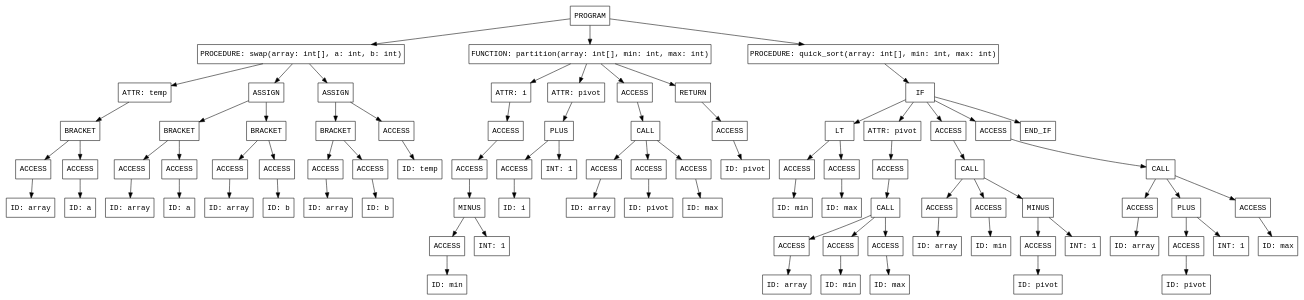
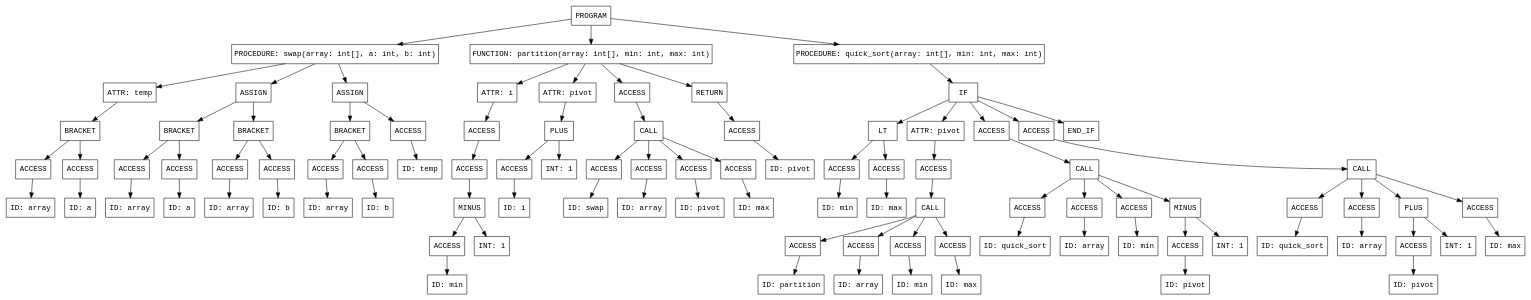
The diagram in examples/02_function/function.dot (L-Marcel/texty), drawn with Graphviz before and after one commit. The commit also changed 11 other files, not shown here.

```diff
--- a/examples/02_function/function.dot
+++ b/examples/02_function/function.dot
@@ -1,178 +1,194 @@
 digraph AST {
   node [shape=box, fontname="Courier"];
-  "0x55558e133420" [label="PROGRAM"];
-  "0x55558e133420" -> "0x55558e134040";
-  "0x55558e134040" [label="PROCEDURE: swap(array: int[], a: int, b: int)"];
-  "0x55558e134040" -> "0x55558e133790";
-  "0x55558e133790" [label="ATTR: temp"];
-  "0x55558e133790" -> "0x55558e133720";
-  "0x55558e133720" [label="BRACKET"];
-  "0x55558e133720" -> "0x55558e133490";
-  "0x55558e133490" [label="ACCESS"];
-  "0x55558e133490" -> "0x55558e133660";
-  "0x55558e133660" [label="ID: array"];
-  "0x55558e133720" -> "0x55558e133500";
-  "0x55558e133500" [label="ACCESS"];
-  "0x55558e133500" -> "0x55558e1336c0";
-  "0x55558e1336c0" [label="ID: a"];
-  "0x55558e134040" -> "0x55558e133c40";
-  "0x55558e133c40" [label="ASSIGN"];
-  "0x55558e133c40" -> "0x55558e1339c0";
-  "0x55558e1339c0" [label="BRACKET"];
-  "0x55558e1339c0" -> "0x55558e133880";
-  "0x55558e133880" [label="ACCESS"];
-  "0x55558e133880" -> "0x55558e133820";
-  "0x55558e133820" [label="ID: array"];
-  "0x55558e1339c0" -> "0x55558e133950";
-  "0x55558e133950" [label="ACCESS"];
-  "0x55558e133950" -> "0x55558e1338f0";
-  "0x55558e1338f0" [label="ID: a"];
-  "0x55558e133c40" -> "0x55558e133bd0";
-  "0x55558e133bd0" [label="BRACKET"];
-  "0x55558e133bd0" -> "0x55558e133a90";
-  "0x55558e133a90" [label="ACCESS"];
-  "0x55558e133a90" -> "0x55558e133a30";
-  "0x55558e133a30" [label="ID: array"];
-  "0x55558e133bd0" -> "0x55558e133b60";
-  "0x55558e133b60" [label="ACCESS"];
-  "0x55558e133b60" -> "0x55558e133b00";
-  "0x55558e133b00" [label="ID: b"];
-  "0x55558e134040" -> "0x55558e133fd0";
-  "0x55558e133fd0" [label="ASSIGN"];
-  "0x55558e133fd0" -> "0x55558e133e90";
-  "0x55558e133e90" [label="BRACKET"];
-  "0x55558e133e90" -> "0x55558e133d50";
-  "0x55558e133d50" [label="ACCESS"];
-  "0x55558e133d50" -> "0x55558e133cf0";
-  "0x55558e133cf0" [label="ID: array"];
-  "0x55558e133e90" -> "0x55558e133e20";
-  "0x55558e133e20" [label="ACCESS"];
-  "0x55558e133e20" -> "0x55558e133dc0";
-  "0x55558e133dc0" [label="ID: b"];
-  "0x55558e133fd0" -> "0x55558e133f60";
-  "0x55558e133f60" [label="ACCESS"];
-  "0x55558e133f60" -> "0x55558e133f00";
-  "0x55558e133f00" [label="ID: temp"];
-  "0x55558e133420" -> "0x55558e134d30";
-  "0x55558e134d30" [label="FUNCTION: partition(array: int[], min: int, max: int)"];
-  "0x55558e134d30" -> "0x55558e1344d0";
-  "0x55558e1344d0" [label="ATTR: i"];
-  "0x55558e1344d0" -> "0x55558e134300";
-  "0x55558e134300" [label="ACCESS"];
-  "0x55558e134300" -> "0x55558e134470";
-  "0x55558e134470" [label="ACCESS"];
-  "0x55558e134470" -> "0x55558e134410";
-  "0x55558e134410" [label="MINUS"];
-  "0x55558e134410" -> "0x55558e134290";
-  "0x55558e134290" [label="ACCESS"];
-  "0x55558e134290" -> "0x55558e1343b0";
-  "0x55558e1343b0" [label="ID: min"];
-  "0x55558e134410" -> "0x55558e134220";
-  "0x55558e134220" [label="INT: 1"];
-  "0x55558e134d30" -> "0x55558e134700";
-  "0x55558e134700" [label="ATTR: pivot"];
-  "0x55558e134700" -> "0x55558e1346a0";
-  "0x55558e1346a0" [label="PLUS"];
-  "0x55558e1346a0" -> "0x55558e1345e0";
-  "0x55558e1345e0" [label="ACCESS"];
-  "0x55558e1345e0" -> "0x55558e134580";
-  "0x55558e134580" [label="ID: i"];
-  "0x55558e1346a0" -> "0x55558e134650";
-  "0x55558e134650" [label="INT: 1"];
-  "0x55558e134d30" -> "0x55558e134b90";
-  "0x55558e134b90" [label="ACCESS"];
-  "0x55558e134b90" -> "0x55558e134b10";
-  "0x55558e134b10" [label="CALL"];
-  "0x55558e134b10" -> "0x55558e1348e0";
-  "0x55558e1348e0" [label="ACCESS"];
-  "0x55558e1348e0" -> "0x55558e134880";
-  "0x55558e134880" [label="ID: array"];
-  "0x55558e134b10" -> "0x55558e1349b0";
-  "0x55558e1349b0" [label="ACCESS"];
-  "0x55558e1349b0" -> "0x55558e134950";
-  "0x55558e134950" [label="ID: pivot"];
-  "0x55558e134b10" -> "0x55558e134aa0";
-  "0x55558e134aa0" [label="ACCESS"];
-  "0x55558e134aa0" -> "0x55558e134a40";
-  "0x55558e134a40" [label="ID: max"];
-  "0x55558e134d30" -> "0x55558e134cd0";
-  "0x55558e134cd0" [label="RETURN"];
-  "0x55558e134cd0" -> "0x55558e134c60";
-  "0x55558e134c60" [label="ACCESS"];
-  "0x55558e134c60" -> "0x55558e134c00";
-  "0x55558e134c00" [label="ID: pivot"];
-  "0x55558e133420" -> "0x55558e1360e0";
-  "0x55558e1360e0" [label="PROCEDURE: quick_sort(array: int[], min: int, max: int)"];
-  "0x55558e1360e0" -> "0x55558e136050";
-  "0x55558e136050" [label="IF"];
-  "0x55558e136050" -> "0x55558e135070";
-  "0x55558e135070" [label="LT"];
-  "0x55558e135070" -> "0x55558e134ed0";
-  "0x55558e134ed0" [label="ACCESS"];
-  "0x55558e134ed0" -> "0x55558e134fb0";
-  "0x55558e134fb0" [label="ID: min"];
-  "0x55558e135070" -> "0x55558e134f40";
-  "0x55558e134f40" [label="ACCESS"];
-  "0x55558e134f40" -> "0x55558e135010";
-  "0x55558e135010" [label="ID: max"];
-  "0x55558e136050" -> "0x55558e135580";
-  "0x55558e135580" [label="ATTR: pivot"];
-  "0x55558e135580" -> "0x55558e135510";
-  "0x55558e135510" [label="ACCESS"];
-  "0x55558e135510" -> "0x55558e135490";
-  "0x55558e135490" [label="CALL"];
-  "0x55558e135490" -> "0x55558e135220";
-  "0x55558e135220" [label="ACCESS"];
-  "0x55558e135220" -> "0x55558e1351c0";
-  "0x55558e1351c0" [label="ID: array"];
-  "0x55558e135490" -> "0x55558e135310";
-  "0x55558e135310" [label="ACCESS"];
-  "0x55558e135310" -> "0x55558e1352b0";
-  "0x55558e1352b0" [label="ID: min"];
-  "0x55558e135490" -> "0x55558e135420";
-  "0x55558e135420" [label="ACCESS"];
-  "0x55558e135420" -> "0x55558e1353c0";
-  "0x55558e1353c0" [label="ID: max"];
-  "0x55558e136050" -> "0x55558e135a50";
-  "0x55558e135a50" [label="ACCESS"];
-  "0x55558e135a50" -> "0x55558e1359d0";
-  "0x55558e1359d0" [label="CALL"];
-  "0x55558e1359d0" -> "0x55558e135720";
-  "0x55558e135720" [label="ACCESS"];
-  "0x55558e135720" -> "0x55558e1356c0";
-  "0x55558e1356c0" [label="ID: array"];
-  "0x55558e1359d0" -> "0x55558e1357f0";
-  "0x55558e1357f0" [label="ACCESS"];
-  "0x55558e1357f0" -> "0x55558e135790";
-  "0x55558e135790" [label="ID: min"];
-  "0x55558e1359d0" -> "0x55558e135970";
-  "0x55558e135970" [label="MINUS"];
-  "0x55558e135970" -> "0x55558e135900";
-  "0x55558e135900" [label="ACCESS"];
-  "0x55558e135900" -> "0x55558e1358a0";
-  "0x55558e1358a0" [label="ID: pivot"];
-  "0x55558e135970" -> "0x55558e134e80";
-  "0x55558e134e80" [label="INT: 1"];
-  "0x55558e136050" -> "0x55558e135f50";
-  "0x55558e135f50" [label="ACCESS"];
-  "0x55558e135f50" -> "0x55558e135ed0";
-  "0x55558e135ed0" [label="CALL"];
-  "0x55558e135ed0" -> "0x55558e135bf0";
-  "0x55558e135bf0" [label="ACCESS"];
-  "0x55558e135bf0" -> "0x55558e135b90";
-  "0x55558e135b90" [label="ID: array"];
-  "0x55558e135ed0" -> "0x55558e135d80";
-  "0x55558e135d80" [label="PLUS"];
-  "0x55558e135d80" -> "0x55558e135cc0";
-  "0x55558e135cc0" [label="ACCESS"];
-  "0x55558e135cc0" -> "0x55558e135c60";
-  "0x55558e135c60" [label="ID: pivot"];
-  "0x55558e135d80" -> "0x55558e135d30";
-  "0x55558e135d30" [label="INT: 1"];
-  "0x55558e135ed0" -> "0x55558e135e60";
-  "0x55558e135e60" [label="ACCESS"];
-  "0x55558e135e60" -> "0x55558e135e00";
-  "0x55558e135e00" [label="ID: max"];
-  "0x55558e136050" -> "0x55558e135fc0";
-  "0x55558e135fc0" [label="END_IF"];
+  "0x55557a37f420" [label="PROGRAM"];
+  "0x55557a37f420" -> "0x55557a380040";
+  "0x55557a380040" [label="PROCEDURE: swap(array: int[], a: int, b: int)"];
+  "0x55557a380040" -> "0x55557a37f790";
+  "0x55557a37f790" [label="ATTR: temp"];
+  "0x55557a37f790" -> "0x55557a37f720";
+  "0x55557a37f720" [label="BRACKET"];
+  "0x55557a37f720" -> "0x55557a37f490";
+  "0x55557a37f490" [label="ACCESS"];
+  "0x55557a37f490" -> "0x55557a37f660";
+  "0x55557a37f660" [label="ID: array"];
+  "0x55557a37f720" -> "0x55557a37f500";
+  "0x55557a37f500" [label="ACCESS"];
+  "0x55557a37f500" -> "0x55557a37f6c0";
+  "0x55557a37f6c0" [label="ID: a"];
+  "0x55557a380040" -> "0x55557a37fc40";
+  "0x55557a37fc40" [label="ASSIGN"];
+  "0x55557a37fc40" -> "0x55557a37f9c0";
+  "0x55557a37f9c0" [label="BRACKET"];
+  "0x55557a37f9c0" -> "0x55557a37f880";
+  "0x55557a37f880" [label="ACCESS"];
+  "0x55557a37f880" -> "0x55557a37f820";
+  "0x55557a37f820" [label="ID: array"];
+  "0x55557a37f9c0" -> "0x55557a37f950";
+  "0x55557a37f950" [label="ACCESS"];
+  "0x55557a37f950" -> "0x55557a37f8f0";
+  "0x55557a37f8f0" [label="ID: a"];
+  "0x55557a37fc40" -> "0x55557a37fbd0";
+  "0x55557a37fbd0" [label="BRACKET"];
+  "0x55557a37fbd0" -> "0x55557a37fa90";
+  "0x55557a37fa90" [label="ACCESS"];
+  "0x55557a37fa90" -> "0x55557a37fa30";
+  "0x55557a37fa30" [label="ID: array"];
+  "0x55557a37fbd0" -> "0x55557a37fb60";
+  "0x55557a37fb60" [label="ACCESS"];
+  "0x55557a37fb60" -> "0x55557a37fb00";
+  "0x55557a37fb00" [label="ID: b"];
+  "0x55557a380040" -> "0x55557a37ffd0";
+  "0x55557a37ffd0" [label="ASSIGN"];
+  "0x55557a37ffd0" -> "0x55557a37fe90";
+  "0x55557a37fe90" [label="BRACKET"];
+  "0x55557a37fe90" -> "0x55557a37fd50";
+  "0x55557a37fd50" [label="ACCESS"];
+  "0x55557a37fd50" -> "0x55557a37fcf0";
+  "0x55557a37fcf0" [label="ID: array"];
+  "0x55557a37fe90" -> "0x55557a37fe20";
+  "0x55557a37fe20" [label="ACCESS"];
+  "0x55557a37fe20" -> "0x55557a37fdc0";
+  "0x55557a37fdc0" [label="ID: b"];
+  "0x55557a37ffd0" -> "0x55557a37ff60";
+  "0x55557a37ff60" [label="ACCESS"];
+  "0x55557a37ff60" -> "0x55557a37ff00";
+  "0x55557a37ff00" [label="ID: temp"];
+  "0x55557a37f420" -> "0x55557a380d30";
+  "0x55557a380d30" [label="FUNCTION: partition(array: int[], min: int, max: int)"];
+  "0x55557a380d30" -> "0x55557a3804d0";
+  "0x55557a3804d0" [label="ATTR: i"];
+  "0x55557a3804d0" -> "0x55557a380300";
+  "0x55557a380300" [label="ACCESS"];
+  "0x55557a380300" -> "0x55557a380470";
+  "0x55557a380470" [label="ACCESS"];
+  "0x55557a380470" -> "0x55557a380410";
+  "0x55557a380410" [label="MINUS"];
+  "0x55557a380410" -> "0x55557a380290";
+  "0x55557a380290" [label="ACCESS"];
+  "0x55557a380290" -> "0x55557a3803b0";
+  "0x55557a3803b0" [label="ID: min"];
+  "0x55557a380410" -> "0x55557a380220";
+  "0x55557a380220" [label="INT: 1"];
+  "0x55557a380d30" -> "0x55557a380700";
+  "0x55557a380700" [label="ATTR: pivot"];
+  "0x55557a380700" -> "0x55557a3806a0";
+  "0x55557a3806a0" [label="PLUS"];
+  "0x55557a3806a0" -> "0x55557a3805e0";
+  "0x55557a3805e0" [label="ACCESS"];
+  "0x55557a3805e0" -> "0x55557a380580";
+  "0x55557a380580" [label="ID: i"];
+  "0x55557a3806a0" -> "0x55557a380650";
+  "0x55557a380650" [label="INT: 1"];
+  "0x55557a380d30" -> "0x55557a380b90";
+  "0x55557a380b90" [label="ACCESS"];
+  "0x55557a380b90" -> "0x55557a380b10";
+  "0x55557a380b10" [label="CALL"];
+  "0x55557a380b10" -> "0x55557a380810";
+  "0x55557a380810" [label="ACCESS"];
+  "0x55557a380810" -> "0x55557a3807b0";
+  "0x55557a3807b0" [label="ID: swap"];
+  "0x55557a380b10" -> "0x55557a3808e0";
+  "0x55557a3808e0" [label="ACCESS"];
+  "0x55557a3808e0" -> "0x55557a380880";
+  "0x55557a380880" [label="ID: array"];
+  "0x55557a380b10" -> "0x55557a3809b0";
+  "0x55557a3809b0" [label="ACCESS"];
+  "0x55557a3809b0" -> "0x55557a380950";
+  "0x55557a380950" [label="ID: pivot"];
+  "0x55557a380b10" -> "0x55557a380aa0";
+  "0x55557a380aa0" [label="ACCESS"];
+  "0x55557a380aa0" -> "0x55557a380a40";
+  "0x55557a380a40" [label="ID: max"];
+  "0x55557a380d30" -> "0x55557a380cd0";
+  "0x55557a380cd0" [label="RETURN"];
+  "0x55557a380cd0" -> "0x55557a380c60";
+  "0x55557a380c60" [label="ACCESS"];
+  "0x55557a380c60" -> "0x55557a380c00";
+  "0x55557a380c00" [label="ID: pivot"];
+  "0x55557a37f420" -> "0x55557a3820e0";
+  "0x55557a3820e0" [label="PROCEDURE: quick_sort(array: int[], min: int, max: int)"];
+  "0x55557a3820e0" -> "0x55557a382050";
+  "0x55557a382050" [label="IF"];
+  "0x55557a382050" -> "0x55557a381070";
+  "0x55557a381070" [label="LT"];
+  "0x55557a381070" -> "0x55557a380ed0";
+  "0x55557a380ed0" [label="ACCESS"];
+  "0x55557a380ed0" -> "0x55557a380fb0";
+  "0x55557a380fb0" [label="ID: min"];
+  "0x55557a381070" -> "0x55557a380f40";
+  "0x55557a380f40" [label="ACCESS"];
+  "0x55557a380f40" -> "0x55557a381010";
+  "0x55557a381010" [label="ID: max"];
+  "0x55557a382050" -> "0x55557a381580";
+  "0x55557a381580" [label="ATTR: pivot"];
+  "0x55557a381580" -> "0x55557a381510";
+  "0x55557a381510" [label="ACCESS"];
+  "0x55557a381510" -> "0x55557a381490";
+  "0x55557a381490" [label="CALL"];
+  "0x55557a381490" -> "0x55557a381150";
+  "0x55557a381150" [label="ACCESS"];
+  "0x55557a381150" -> "0x55557a3810f0";
+  "0x55557a3810f0" [label="ID: partition"];
+  "0x55557a381490" -> "0x55557a381220";
+  "0x55557a381220" [label="ACCESS"];
+  "0x55557a381220" -> "0x55557a3811c0";
+  "0x55557a3811c0" [label="ID: array"];
+  "0x55557a381490" -> "0x55557a381310";
+  "0x55557a381310" [label="ACCESS"];
+  "0x55557a381310" -> "0x55557a3812b0";
+  "0x55557a3812b0" [label="ID: min"];
+  "0x55557a381490" -> "0x55557a381420";
+  "0x55557a381420" [label="ACCESS"];
+  "0x55557a381420" -> "0x55557a3813c0";
+  "0x55557a3813c0" [label="ID: max"];
+  "0x55557a382050" -> "0x55557a381a50";
+  "0x55557a381a50" [label="ACCESS"];
+  "0x55557a381a50" -> "0x55557a3819d0";
+  "0x55557a3819d0" [label="CALL"];
+  "0x55557a3819d0" -> "0x55557a381650";
+  "0x55557a381650" [label="ACCESS"];
+  "0x55557a381650" -> "0x55557a3815f0";
+  "0x55557a3815f0" [label="ID: quick_sort"];
+  "0x55557a3819d0" -> "0x55557a381720";
+  "0x55557a381720" [label="ACCESS"];
+  "0x55557a381720" -> "0x55557a3816c0";
+  "0x55557a3816c0" [label="ID: array"];
+  "0x55557a3819d0" -> "0x55557a3817f0";
+  "0x55557a3817f0" [label="ACCESS"];
+  "0x55557a3817f0" -> "0x55557a381790";
+  "0x55557a381790" [label="ID: min"];
+  "0x55557a3819d0" -> "0x55557a381970";
+  "0x55557a381970" [label="MINUS"];
+  "0x55557a381970" -> "0x55557a381900";
+  "0x55557a381900" [label="ACCESS"];
+  "0x55557a381900" -> "0x55557a3818a0";
+  "0x55557a3818a0" [label="ID: pivot"];
+  "0x55557a381970" -> "0x55557a380e80";
+  "0x55557a380e80" [label="INT: 1"];
+  "0x55557a382050" -> "0x55557a381f50";
+  "0x55557a381f50" [label="ACCESS"];
+  "0x55557a381f50" -> "0x55557a381ed0";
+  "0x55557a381ed0" [label="CALL"];
+  "0x55557a381ed0" -> "0x55557a381b20";
+  "0x55557a381b20" [label="ACCESS"];
+  "0x55557a381b20" -> "0x55557a381ac0";
+  "0x55557a381ac0" [label="ID: quick_sort"];
+  "0x55557a381ed0" -> "0x55557a381bf0";
+  "0x55557a381bf0" [label="ACCESS"];
+  "0x55557a381bf0" -> "0x55557a381b90";
+  "0x55557a381b90" [label="ID: array"];
+  "0x55557a381ed0" -> "0x55557a381d80";
+  "0x55557a381d80" [label="PLUS"];
+  "0x55557a381d80" -> "0x55557a381cc0";
+  "0x55557a381cc0" [label="ACCESS"];
+  "0x55557a381cc0" -> "0x55557a381c60";
+  "0x55557a381c60" [label="ID: pivot"];
+  "0x55557a381d80" -> "0x55557a381d30";
+  "0x55557a381d30" [label="INT: 1"];
+  "0x55557a381ed0" -> "0x55557a381e60";
+  "0x55557a381e60" [label="ACCESS"];
+  "0x55557a381e60" -> "0x55557a381e00";
+  "0x55557a381e00" [label="ID: max"];
+  "0x55557a382050" -> "0x55557a381fc0";
+  "0x55557a381fc0" [label="END_IF"];
 }
```
